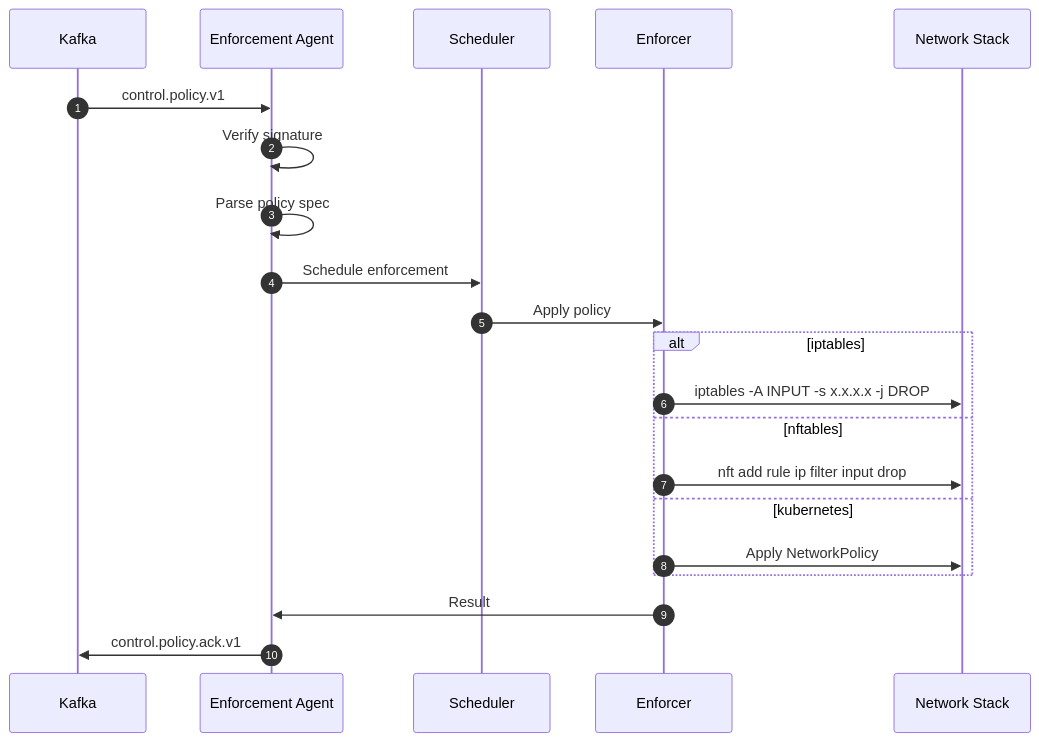
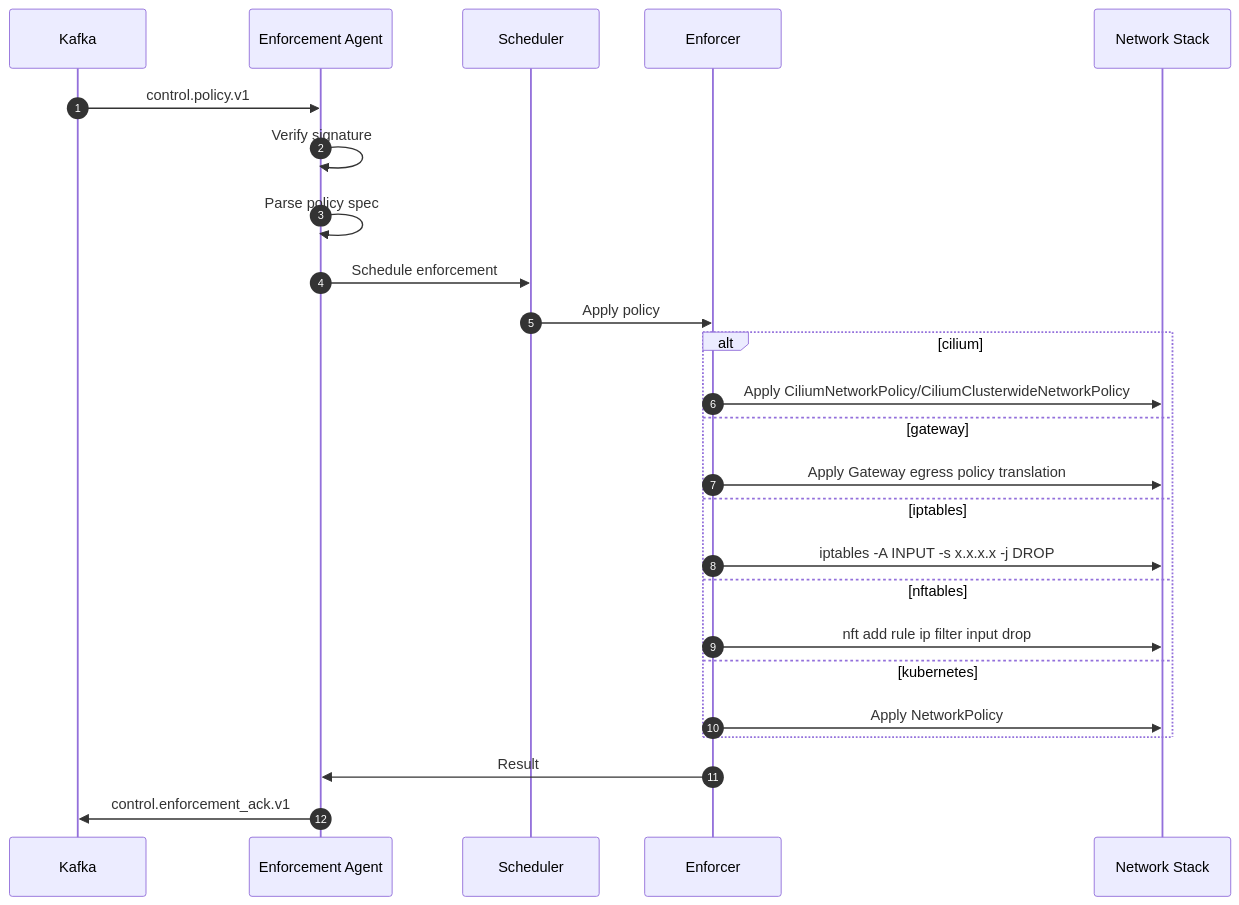
Before and after one commit to EveShark/CyberMesh: the eighth of 14 diagrams in docs/design/DATA_FLOW.md, drawn with Mermaid. The commit also changed other lines of this file and 49 other files, not shown here.

````diff
--- a/docs/design/DATA_FLOW.md
+++ b/docs/design/DATA_FLOW.md
@@ -274,27 +281,31 @@
 ```mermaid
 sequenceDiagram
     autonumber
     participant Kafka as Kafka
     participant Agent as Enforcement Agent
     participant Sched as Scheduler
     participant Enf as Enforcer
     participant Net as Network Stack
     
     Kafka->>Agent: control.policy.v1
     Agent->>Agent: Verify signature
     Agent->>Agent: Parse policy spec
     Agent->>Sched: Schedule enforcement
     
     Sched->>Enf: Apply policy
     
-    alt iptables
+    alt cilium
+        Enf->>Net: Apply CiliumNetworkPolicy/CiliumClusterwideNetworkPolicy
+    else gateway
+        Enf->>Net: Apply Gateway egress policy translation
+    else iptables
         Enf->>Net: iptables -A INPUT -s x.x.x.x -j DROP
     else nftables
         Enf->>Net: nft add rule ip filter input drop
     else kubernetes
         Enf->>Net: Apply NetworkPolicy
     end
     
     Enf->>Agent: Result
-    Agent->>Kafka: control.policy.ack.v1
+    Agent->>Kafka: control.enforcement_ack.v1
 ```
````
